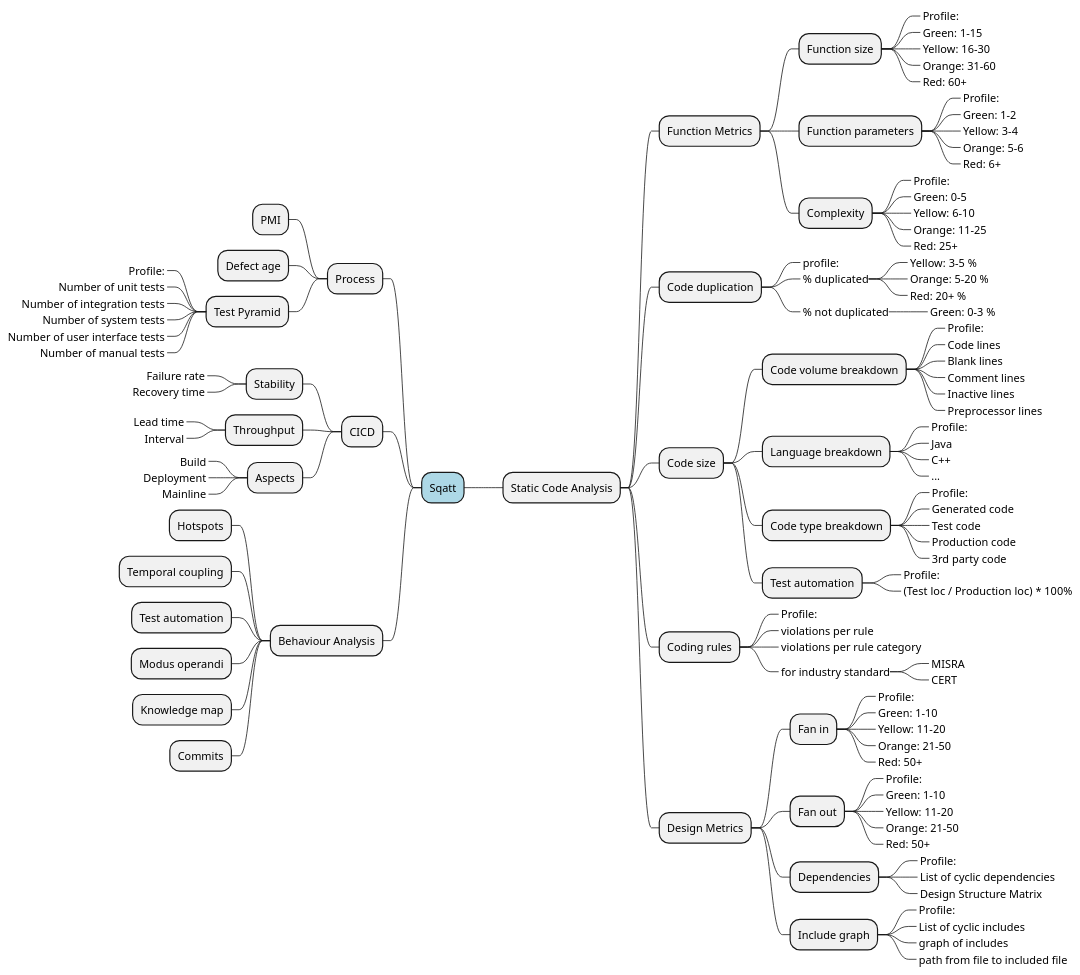
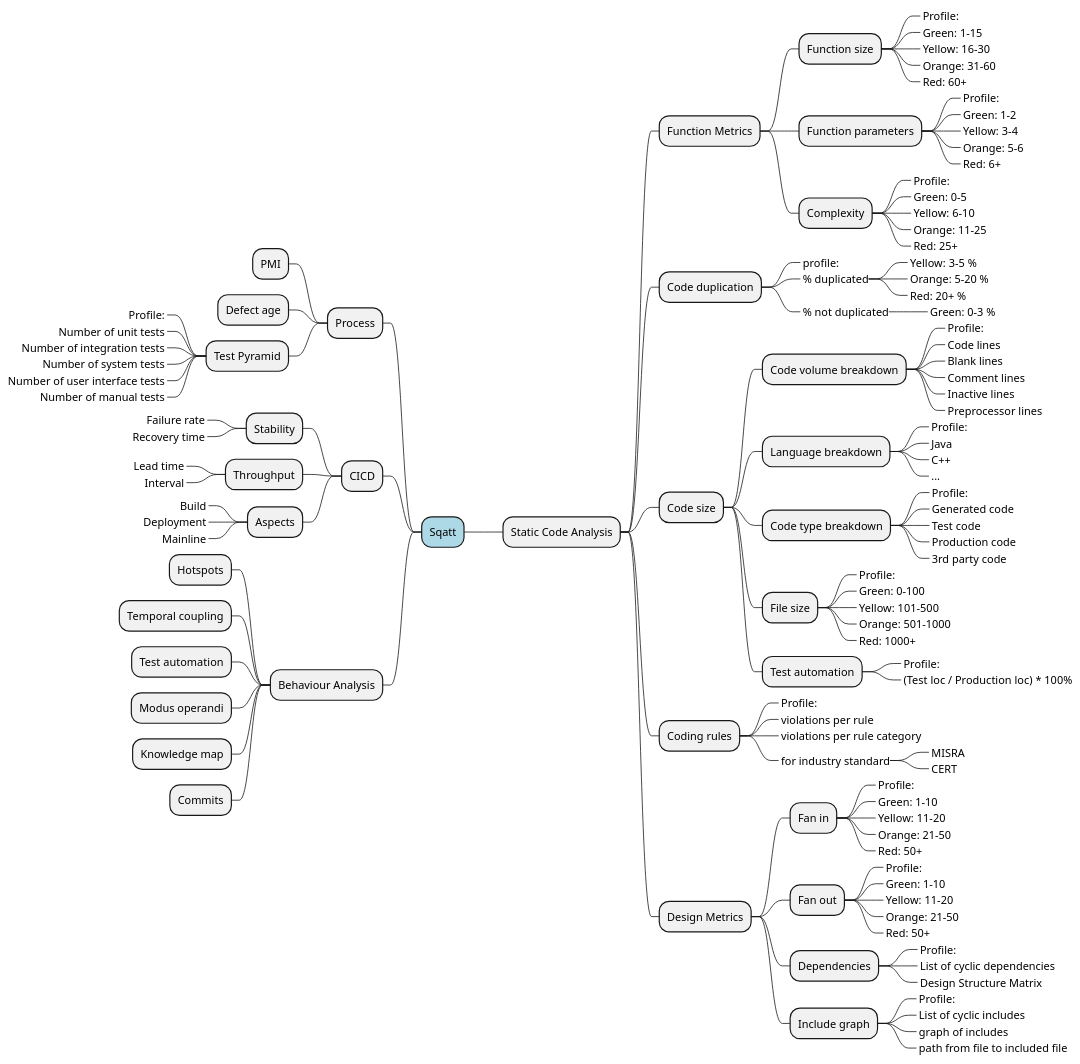
The diagram in doc/mindmap.puml (rschuitema/sqatt), drawn with PlantUML before and after one commit.

Commit message:
add file size profile

```diff
--- a/doc/mindmap.puml
+++ b/doc/mindmap.puml
@@ -1,132 +1,139 @@
 @startmindmap
 *[#lightblue] Sqatt
 
 -- Process
 --- PMI
 --- Defect age
 --- Test Pyramid
 ----_ Profile:
 ----_ Number of unit tests
 ----_ Number of integration tests
 ----_ Number of system tests
 ----_ Number of user interface tests
 ----_ Number of manual tests
 
 -- CICD
 --- Stability
 ----_ Failure rate
 ----_ Recovery time
 --- Throughput
 ----_ Lead time
 ----_ Interval
 --- Aspects
 ----_ Build
 ----_ Deployment
 ----_ Mainline
 
 -- Behaviour Analysis
 --- Hotspots
 --- Temporal coupling
 --- Test automation
 --- Modus operandi
 --- Knowledge map
 --- Commits
 
 
 
 
 ** Static Code Analysis
 
 *** Function Metrics
 
 **** Function size
 *****_ Profile:
 *****_ Green: 1-15
 *****_ Yellow: 16-30
 *****_ Orange: 31-60
 *****_ Red: 60+
 
 **** Function parameters
 *****_ Profile:
 *****_ Green: 1-2
 *****_ Yellow: 3-4
 *****_ Orange: 5-6
 *****_ Red: 6+
 
 **** Complexity
 *****_ Profile:
 *****_ Green: 0-5
 *****_ Yellow: 6-10
 *****_ Orange: 11-25
 *****_ Red: 25+
 
 *** Code duplication
 ****_ profile:
 ****_ % duplicated
 *****_ Yellow: 3-5 %
 *****_ Orange: 5-20 %
 *****_ Red: 20+ %
 ****_ % not duplicated
 *****_ Green: 0-3 %
 
 *** Code size
 **** Code volume breakdown
 *****_ Profile:
 *****_ Code lines
 *****_ Blank lines
 *****_ Comment lines
 *****_ Inactive lines
 *****_ Preprocessor lines
 
 **** Language breakdown
 *****_ Profile:
 *****_ Java
 *****_ C++
 *****_ ...
 
 **** Code type breakdown
 *****_ Profile:
 *****_ Generated code
 *****_ Test code
 *****_ Production code
 *****_ 3rd party code
 
+**** File size
+*****_ Profile:
+*****_ Green: 0-100
+*****_ Yellow: 101-500
+*****_ Orange: 501-1000
+*****_ Red: 1000+
+
 **** Test automation
 *****_ Profile:
 *****_ (Test loc / Production loc) * 100%
 
 *** Coding rules
 ****_ Profile:
 ****_ violations per rule
 ****_ violations per rule category
 ****_ for industry standard
 *****_ MISRA
 *****_ CERT
 
 *** Design Metrics
 **** Fan in
 *****_ Profile:
 *****_ Green: 1-10
 *****_ Yellow: 11-20
 *****_ Orange: 21-50
 *****_ Red: 50+
 
 **** Fan out
 *****_ Profile:
 *****_ Green: 1-10
 *****_ Yellow: 11-20
 *****_ Orange: 21-50
 *****_ Red: 50+
 
 **** Dependencies
 *****_ Profile:
 *****_ List of cyclic dependencies
 *****_ Design Structure Matrix
 
 **** Include graph
 *****_ Profile:
 *****_ List of cyclic includes
 *****_ graph of includes
 *****_ path from file to included file
 
 @endmindmap
```
